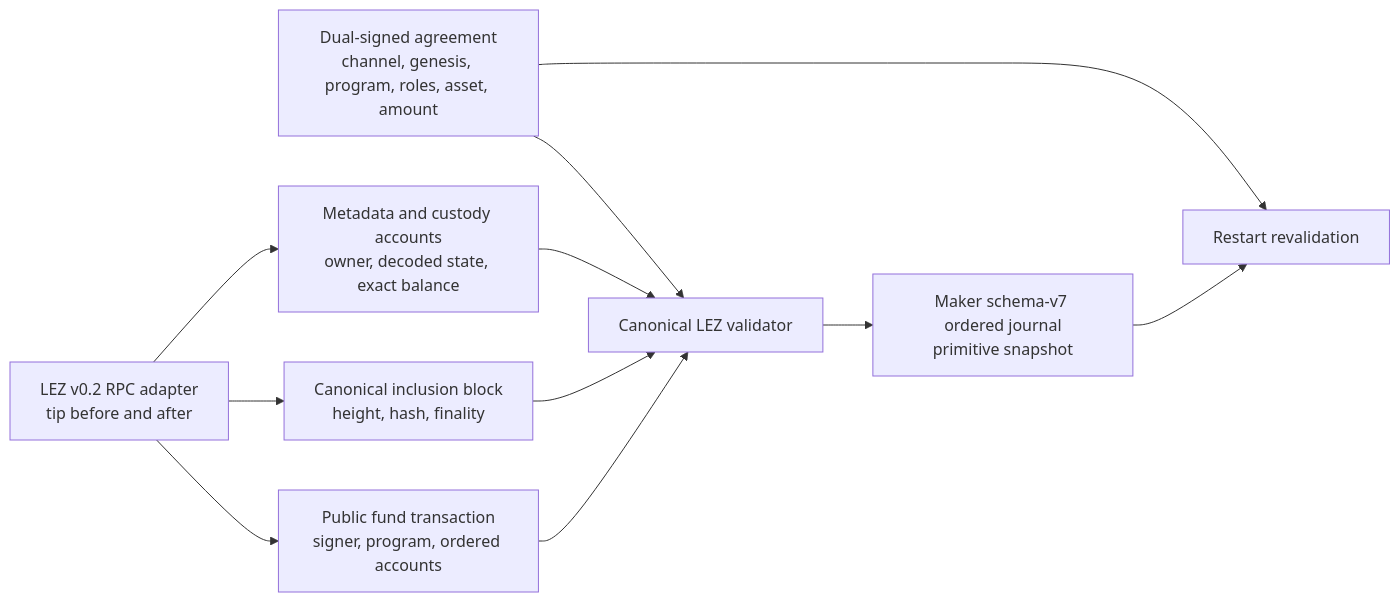
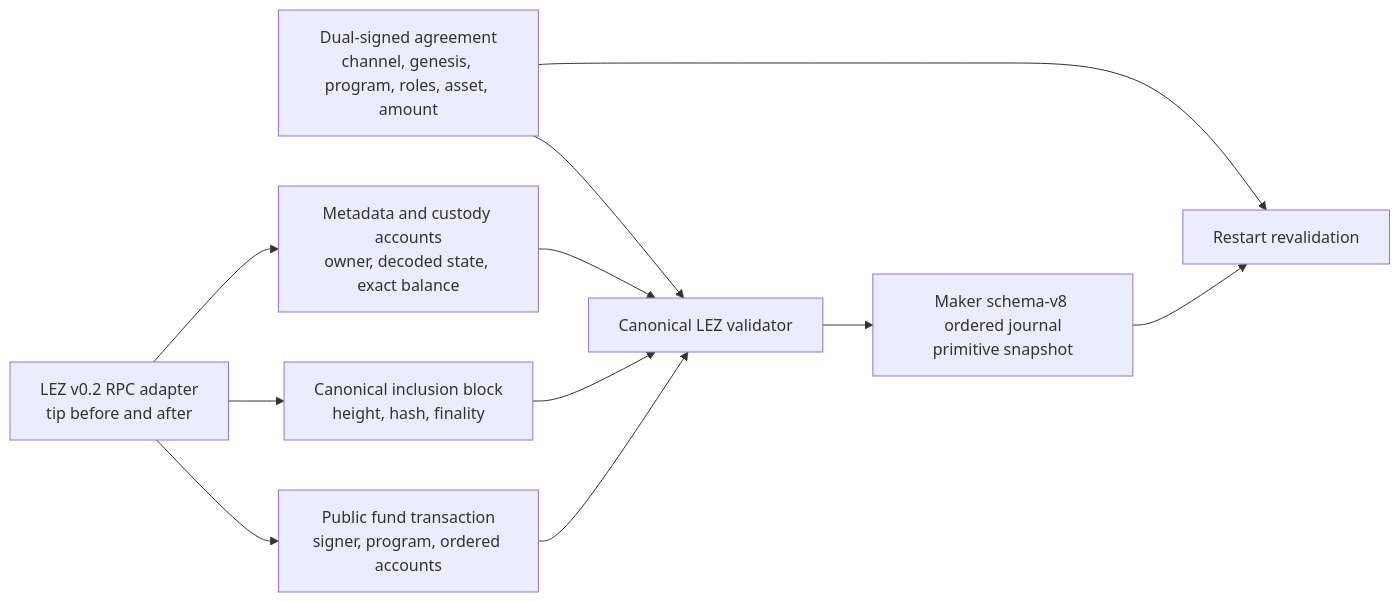
One commit to gateway-fm/lez-atomic-swaps changed the diagram in docs/architecture/0019-canonical-lez-observation.md. Above: the diagram before and after it, drawn with Mermaid. The commit also changed other lines of this file and 11 other files, not shown here.

```diff
--- a/docs/architecture/0019-canonical-lez-observation.md
+++ b/docs/architecture/0019-canonical-lez-observation.md
@@ -6,22 +6,22 @@
 ~~~mermaid
 flowchart LR
     Agreement["Dual-signed agreement<br/>channel, genesis, program, roles, asset, amount"]
     RPC["LEZ v0.2 RPC adapter<br/>tip before and after"]
     Tx["Public fund transaction<br/>signer, program, ordered accounts"]
     Block["Canonical inclusion block<br/>height, hash, finality"]
     Accounts["Metadata and custody accounts<br/>owner, decoded state, exact balance"]
     Validator["Canonical LEZ validator"]
-    Journal["Maker schema-v7 ordered journal<br/>primitive snapshot"]
+    Journal["Maker schema-v8 ordered journal<br/>primitive snapshot"]
     Replay["Restart revalidation"]
 
     Agreement --> Validator
     RPC --> Tx
     RPC --> Block
     RPC --> Accounts
     Tx --> Validator
     Block --> Validator
     Accounts --> Validator
     Validator --> Journal
     Journal --> Replay
     Agreement --> Replay
 ~~~
```
